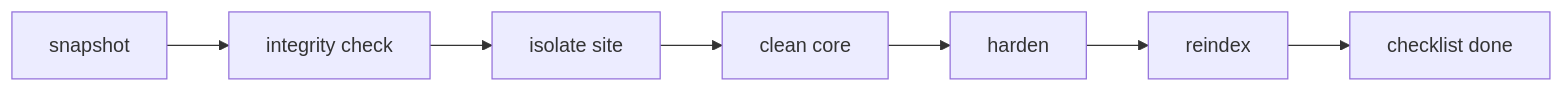
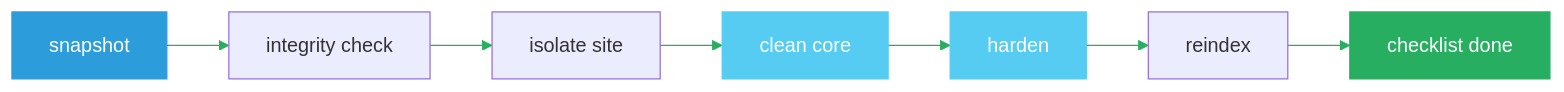
The second of 8 diagrams in Graphs/Security-IR-Diagrams.md (444Nazky/My-Vault), drawn with Mermaid before and after one commit. The commit also changed other lines of this file and 15 other files, not shown here.

````diff
--- a/Graphs/Security-IR-Diagrams.md
+++ b/Graphs/Security-IR-Diagrams.md
@@ -19,9 +24,14 @@
 ```mermaid
+%%{init: {'theme': 'default', 'themeVariables': { 'primaryColor': '#27AE60', 'lineColor': '#27AE60'}}}%%
 flowchart LR
  A["snapshot"] --> B["integrity check"]
  B --> C["isolate site"]
  C --> D["clean core"]
  D --> E["harden"]
  E --> F["reindex"]
  F --> G["checklist done"]
+ style A fill:#2D9CDB,stroke:#2D9CDB,color:#fff
+ style G fill:#27AE60,stroke:#27AE60,color:#fff
+ style D fill:#56CCF2,stroke:#56CCF2,color:#fff
+ style E fill:#56CCF2,stroke:#56CCF2,color:#fff
 ```
````
